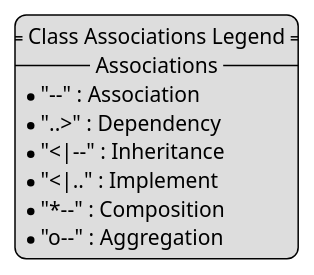
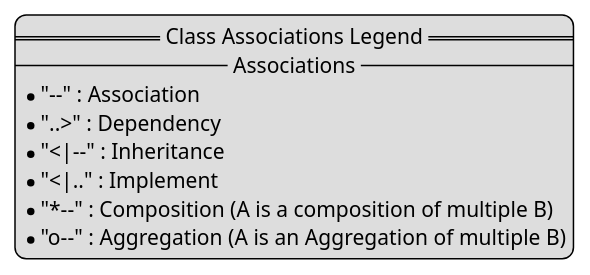
The diagram in lld-patterns/arrow-legend.puml (bibhudhendra/Diagrams), drawn with PlantUML before and after one commit. The commit also changed 6 other files, not shown here.

Commit message:
Update diagrams

```diff
--- a/lld-patterns/arrow-legend.puml
+++ b/lld-patterns/arrow-legend.puml
@@ -1,12 +1,12 @@
 @startuml
 legend right
   == Class Associations Legend ==
   -- Associations --
   * "--" : Association
   * "..>" : Dependency
   * "<|--" : Inheritance
   * "<|.." : Implement
-  * "*--" : Composition
-  * "o--" : Aggregation
+  * "*--" : Composition (A is a composition of multiple B)
+  * "o--" : Aggregation (A is an Aggregation of multiple B)
 endlegend
 @enduml
```
